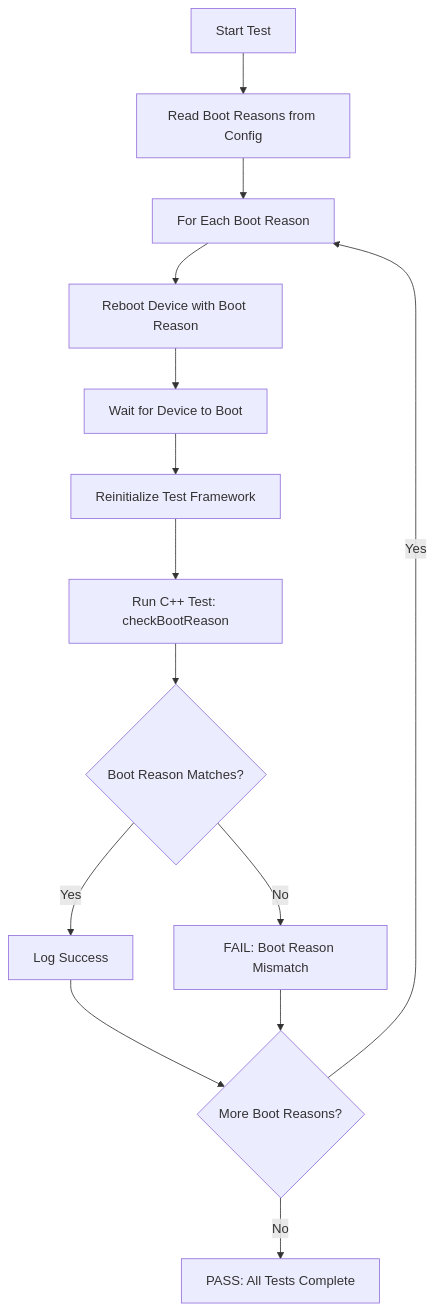
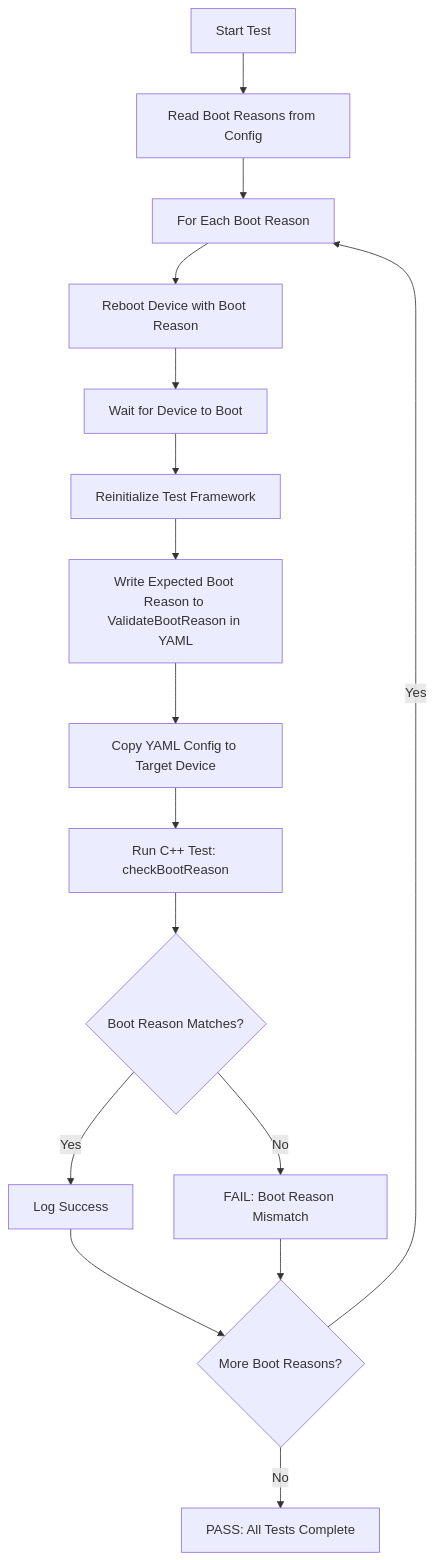
One commit to rdkcentral/rdk-halif-aidl-test-boot changed the second of 4 diagrams in docs/pages/vts_boot_L1_L2_L3_TestProcedure.md. Above: the diagram before and after it, drawn with Mermaid. The commit also changed other lines of this file and 17 other files, not shown here.

````diff
--- a/docs/pages/vts_boot_L1_L2_L3_TestProcedure.md
+++ b/docs/pages/vts_boot_L1_L2_L3_TestProcedure.md
@@ -322,16 +371,18 @@
 ```mermaid
 graph TD
     A[Start Test] --> B[Read Boot Reasons from Config]
     B --> C[For Each Boot Reason]
     C --> D[Reboot Device with Boot Reason]
     D --> E[Wait for Device to Boot]
     E --> F[Reinitialize Test Framework]
-    F --> G[Run C++ Test: checkBootReason]
-    G --> H{Boot Reason Matches?}
-    H -->|Yes| I[Log Success]
-    H -->|No| J[FAIL: Boot Reason Mismatch]
-    I --> K{More Boot Reasons?}
-    J --> K
-    K -->|Yes| C
-    K -->|No| L[PASS: All Tests Complete]
+    F --> G[Write Expected Boot Reason to ValidateBootReason in YAML]
+    G --> H[Copy YAML Config to Target Device]
+    H --> I[Run C++ Test: checkBootReason]
+    I --> J{Boot Reason Matches?}
+    J -->|Yes| K[Log Success]
+    J -->|No| L[FAIL: Boot Reason Mismatch]
+    K --> M{More Boot Reasons?}
+    L --> M
+    M -->|Yes| C
+    M -->|No| N[PASS: All Tests Complete]
 ```
````
